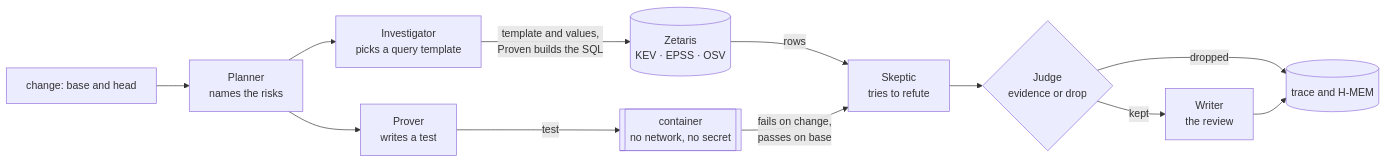
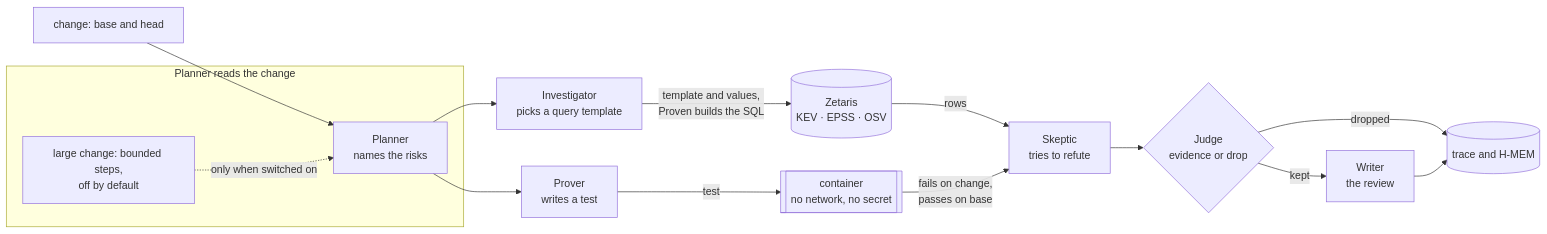
Before and after one commit to saphan-ai/proven: the diagram in docs/ARCHITECTURE.md, drawn with Mermaid. The commit also changed other lines of this file, not shown here.

Commit message:
[markovian-bounded-steps] docs: Markovian in the architecture page

````diff
--- a/docs/ARCHITECTURE.md
+++ b/docs/ARCHITECTURE.md
@@ -8,14 +8,17 @@
 ```mermaid
 flowchart LR
-    C[change: base and head] --> P[Planner<br/>names the risks]
+    C[change: base and head] --> P
+    subgraph PL[Planner reads the change]
+        M[large change: bounded steps,<br/>off by default] -.->|only when switched on| P[Planner<br/>names the risks]
+    end
     P --> I[Investigator<br/>picks a query template]
     P --> V[Prover<br/>writes a test]
     I -->|template and values,<br/>Proven builds the SQL| Z[(Zetaris<br/>KEV · EPSS · OSV)]
     V -->|test| K[[container<br/>no network, no secret]]
     Z -->|rows| S[Skeptic<br/>tries to refute]
     K -->|fails on change,<br/>passes on base| S
     S --> J{Judge<br/>evidence or drop}
     J -->|kept| W[Writer<br/>the review]
     J -->|dropped| T[(trace and H-MEM)]
     W --> T
 ```
````
